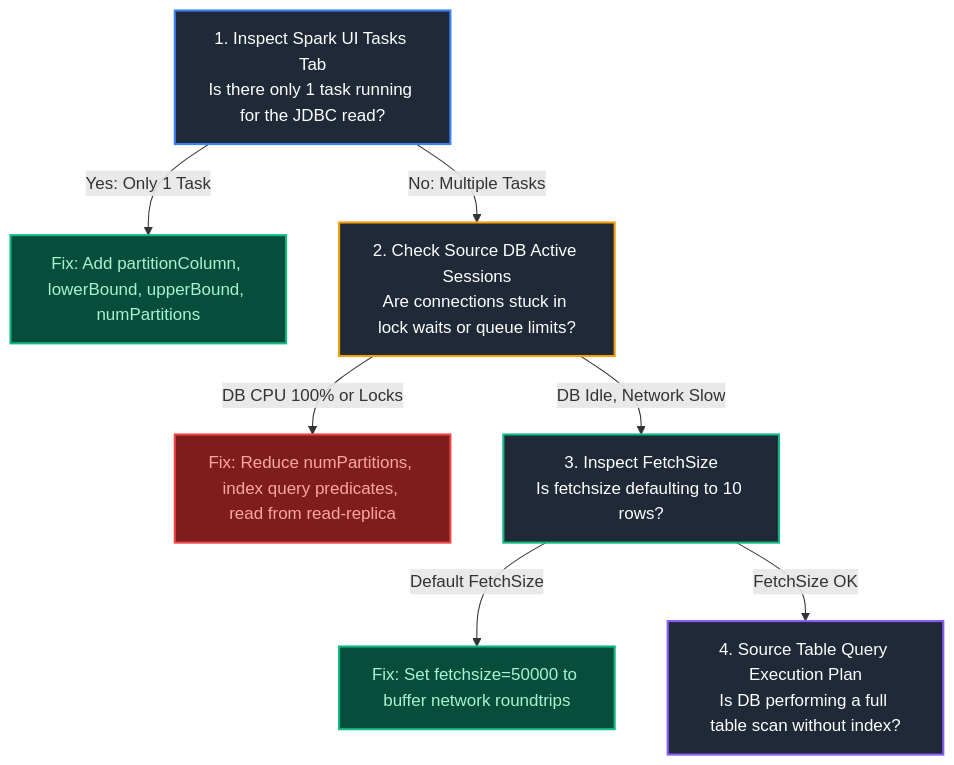
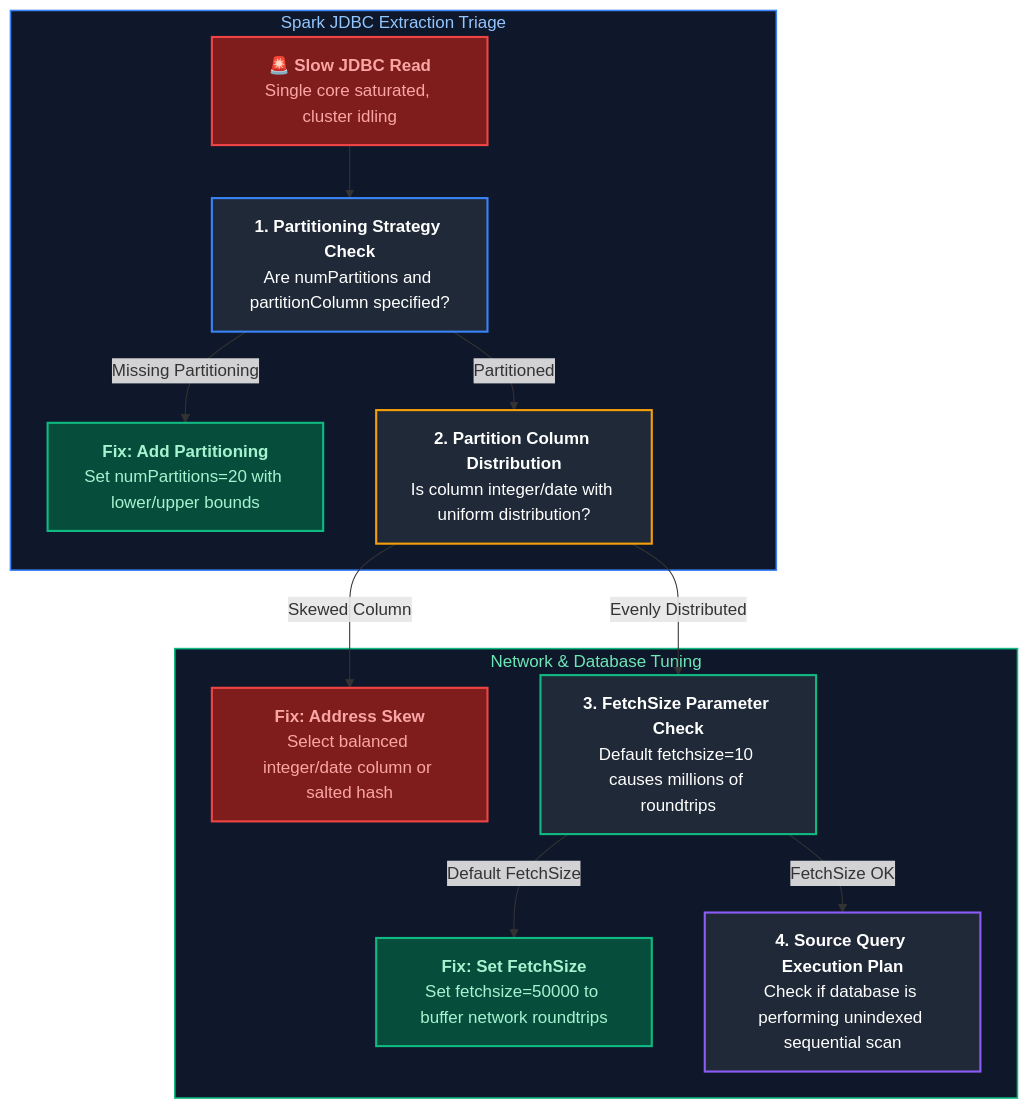
One commit to joydeep-biswas/Interview-Preparation changed the ninth of 21 diagrams in Data Engineering/frequently_asked_questions/05_apache_spark_and_pyspark_faq.md. Above: the diagram before and after it, drawn with Mermaid. The commit also changed other lines of this file and 178 other files, not shown here.

````diff
--- a/Data Engineering/frequently_asked_questions/05_apache_spark_and_pyspark_faq.md
+++ b/Data Engineering/frequently_asked_questions/05_apache_spark_and_pyspark_faq.md
@@ -1001,17 +1001,26 @@
 ```mermaid
 flowchart TD
-    S1["1. Inspect Spark UI Tasks Tab<br/>Is there only 1 task running for the JDBC read?"] -->|Yes: Only 1 Task| F1["Fix: Add partitionColumn, lowerBound, upperBound, numPartitions"]
-    S1 -->|No: Multiple Tasks| S2["2. Check Source DB Active Sessions<br/>Are connections stuck in lock waits or queue limits?"]
-    S2 -->|DB CPU 100% or Locks| F2["Fix: Reduce numPartitions, index query predicates, read from read-replica"]
-    S2 -->|DB Idle, Network Slow| S3["3. Inspect FetchSize<br/>Is fetchsize defaulting to 10 rows?"]
-    S3 -->|Default FetchSize| F3["Fix: Set fetchsize=50000 to buffer network roundtrips"]
-    S3 -->|FetchSize OK| S4["4. Source Table Query Execution Plan<br/>Is DB performing a full table scan without index?"]
+    subgraph ExtractionTriage ["Spark JDBC Extraction Triage"]
+        Issue["🚨 <b>Slow JDBC Read</b><br/>Single core saturated, cluster idling"] --> S1["<b>1. Partitioning Strategy Check</b><br/>Are numPartitions and partitionColumn specified?"]
+        S1 -->|Missing Partitioning| F1["<b>Fix: Add Partitioning</b><br/>Set numPartitions=20 with lower/upper bounds"]
+        S1 -->|Partitioned| S2["<b>2. Partition Column Distribution</b><br/>Is column integer/date with uniform distribution?"]
+    end
 
+    subgraph NetworkRemediation ["Network & Database Tuning"]
+        S2 -->|Skewed Column| F2["<b>Fix: Address Skew</b><br/>Select balanced integer/date column or salted hash"]
+        S2 -->|Evenly Distributed| S3["<b>3. FetchSize Parameter Check</b><br/>Default fetchsize=10 causes millions of roundtrips"]
+        S3 -->|Default FetchSize| F3["<b>Fix: Set FetchSize</b><br/>Set fetchsize=50000 to buffer network roundtrips"]
+        S3 -->|FetchSize OK| S4["<b>4. Source Query Execution Plan</b><br/>Check if database is performing unindexed sequential scan"]
+    end
+
+    style ExtractionTriage fill:#0f172a,stroke:#3b82f6,stroke-width:1.5px,color:#93c5fd
+    style NetworkRemediation fill:#0f172a,stroke:#10b981,stroke-width:1.5px,color:#6ee7b7
+    style Issue fill:#7f1d1d,stroke:#ef4444,stroke-width:2px,color:#fca5a5
     style S1 fill:#1f2937,stroke:#3b82f6,stroke-width:2px,color:#fff
     style S2 fill:#1f2937,stroke:#f59e0b,stroke-width:2px,color:#fff
     style S3 fill:#1f2937,stroke:#10b981,stroke-width:2px,color:#fff
     style S4 fill:#1f2937,stroke:#8b5cf6,stroke-width:2px,color:#fff
     style F1 fill:#064e3b,stroke:#10b981,stroke-width:2px,color:#a7f3d0
     style F2 fill:#7f1d1d,stroke:#ef4444,stroke-width:2px,color:#fca5a5
     style F3 fill:#064e3b,stroke:#10b981,stroke-width:2px,color:#a7f3d0
 ```
````
